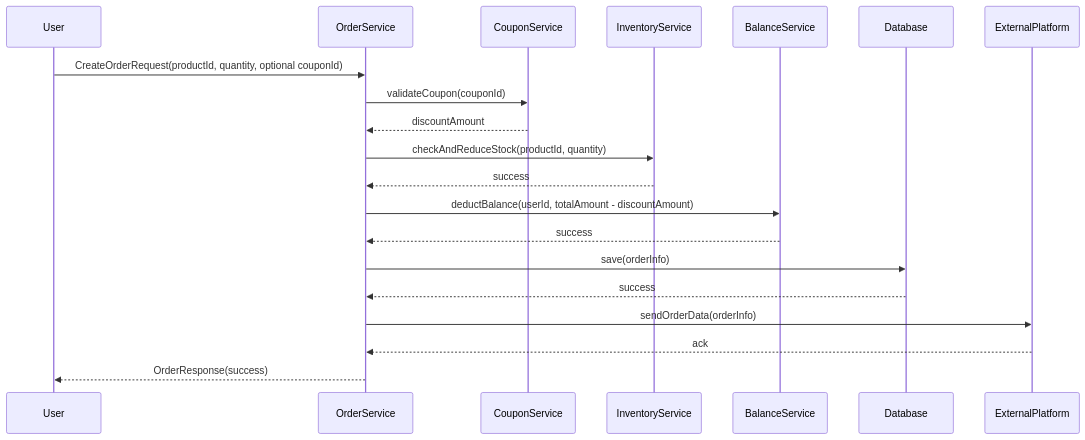
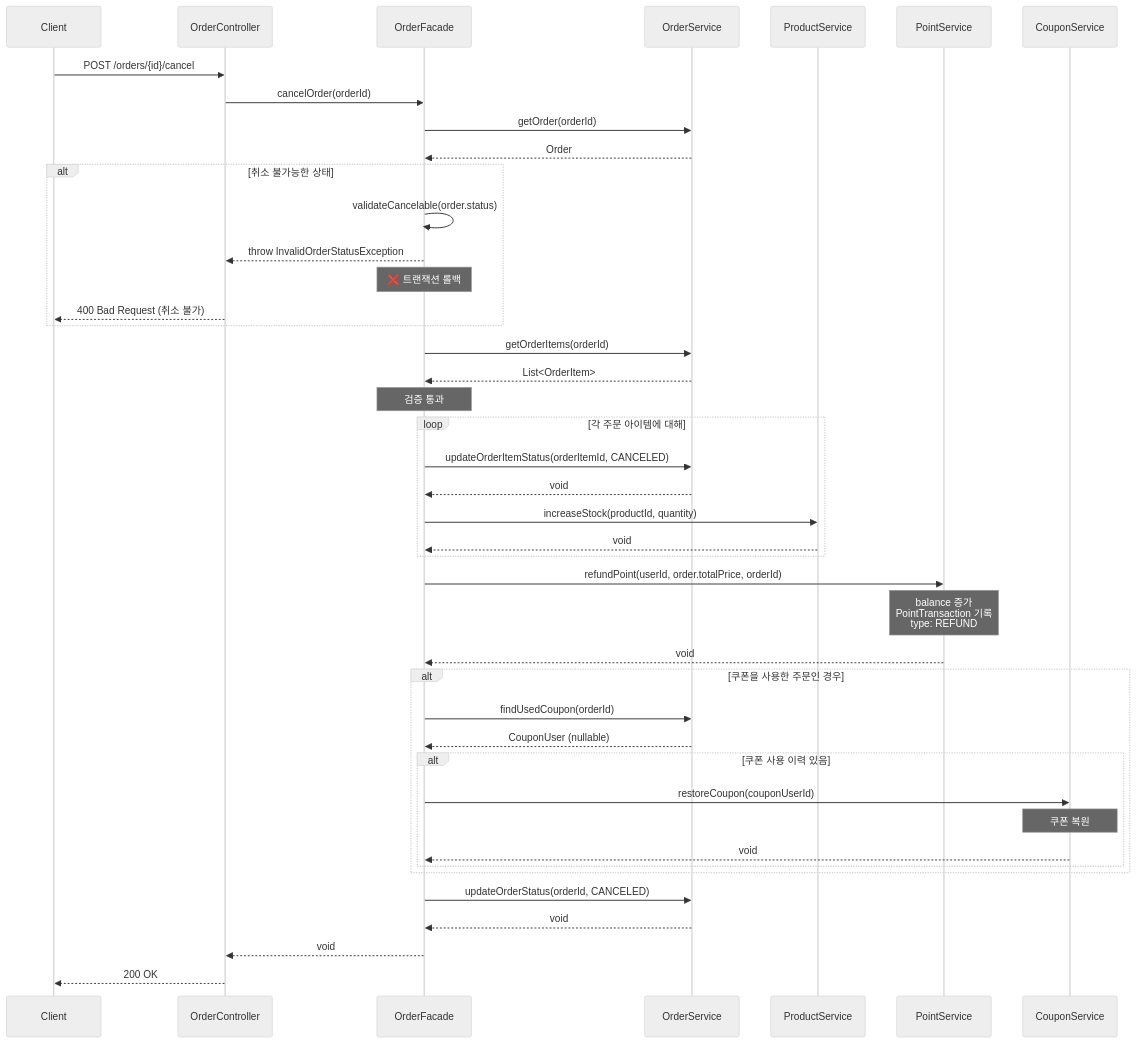
Before and after one commit to kmkim2051/hh-ecommerce: the second of 4 diagrams in docs/03.sequence_diagram.md, drawn with Mermaid. The commit also changed other lines of this file, not shown here.

Commit message:
[Docs] 시퀀스 다이어그램 간략화된 오류(ai) 수정

````diff
--- a/docs/03.sequence_diagram.md
+++ b/docs/03.sequence_diagram.md
@@ -7,23 +94,49 @@
 ```mermaid
+---
+config:
+  theme: neutral
+---
 sequenceDiagram
-participant User
-participant OrderService
-participant CouponService
-participant InventoryService
-participant BalanceService
-participant Database
-participant ExternalPlatform
-
-User->>OrderService: CreateOrderRequest(productId, quantity, optional couponId)
-OrderService->>CouponService: validateCoupon(couponId)
-CouponService-->>OrderService: discountAmount
-OrderService->>InventoryService: checkAndReduceStock(productId, quantity)
-InventoryService-->>OrderService: success
-OrderService->>BalanceService: deductBalance(userId, totalAmount - discountAmount)
-BalanceService-->>OrderService: success
-OrderService->>Database: save(orderInfo)
-Database-->>OrderService: success
-OrderService->>ExternalPlatform: sendOrderData(orderInfo)
-ExternalPlatform-->>OrderService: ack
-OrderService-->>User: OrderResponse(success)
+    participant Client
+    participant OrderController
+    participant OrderFacade
+    participant OrderService
+    participant ProductService
+    participant PointService
+    participant CouponService
+    Client->>OrderController: POST /orders/{id}/cancel
+    OrderController->>OrderFacade: cancelOrder(orderId)
+    OrderFacade->>OrderService: getOrder(orderId)
+    OrderService-->>OrderFacade: Order
+    alt 취소 불가능한 상태
+        OrderFacade->>OrderFacade: validateCancelable(order.status)
+        OrderFacade-->>OrderController: throw InvalidOrderStatusException
+        Note over OrderFacade: ❌ 트랜잭션 롤백
+        OrderController-->>Client: 400 Bad Request (취소 불가)
+    end
+    OrderFacade->>OrderService: getOrderItems(orderId)
+    OrderService-->>OrderFacade: List<OrderItem>
+    Note over OrderFacade: 검증 통과
+    loop 각 주문 아이템에 대해
+        OrderFacade->>OrderService: updateOrderItemStatus(orderItemId, CANCELED)
+        OrderService-->>OrderFacade: void
+        OrderFacade->>ProductService: increaseStock(productId, quantity)
+        ProductService-->>OrderFacade: void
+    end
+    OrderFacade->>PointService: refundPoint(userId, order.totalPrice, orderId)
+    Note over PointService: balance 증가<br/>PointTransaction 기록<br/>type: REFUND
+    PointService-->>OrderFacade: void
+    alt 쿠폰을 사용한 주문인 경우
+        OrderFacade->>OrderService: findUsedCoupon(orderId)
+        OrderService-->>OrderFacade: CouponUser (nullable)
+        alt 쿠폰 사용 이력 있음
+            OrderFacade->>CouponService: restoreCoupon(couponUserId)
+            Note over CouponService: 쿠폰 복원
+            CouponService-->>OrderFacade: void
+        end
+    end
+    OrderFacade->>OrderService: updateOrderStatus(orderId, CANCELED)
+    OrderService-->>OrderFacade: void
+    OrderFacade-->>OrderController: void
+    OrderController-->>Client: 200 OK
 ```
````
